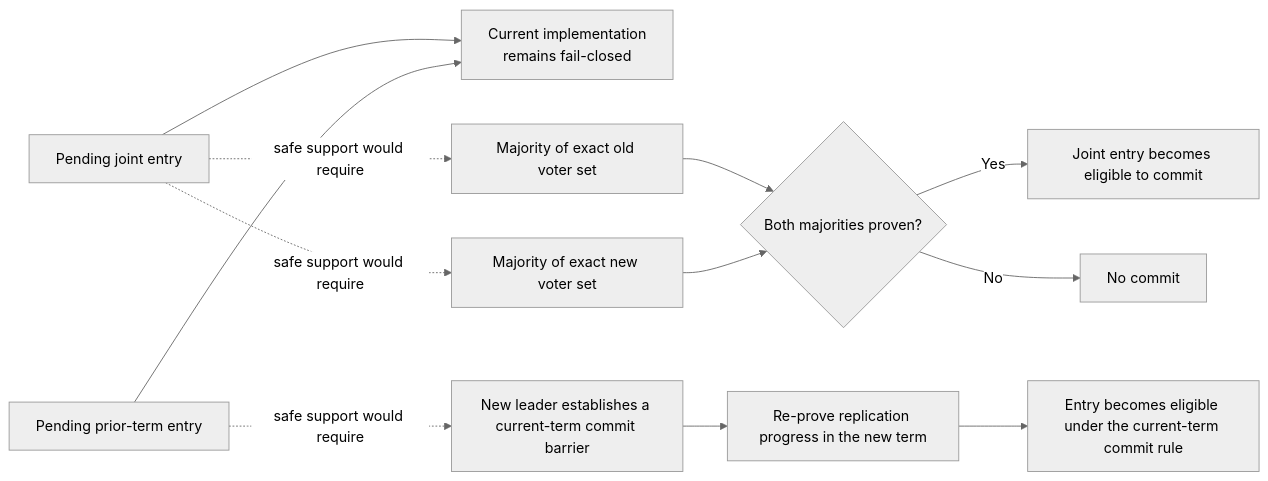
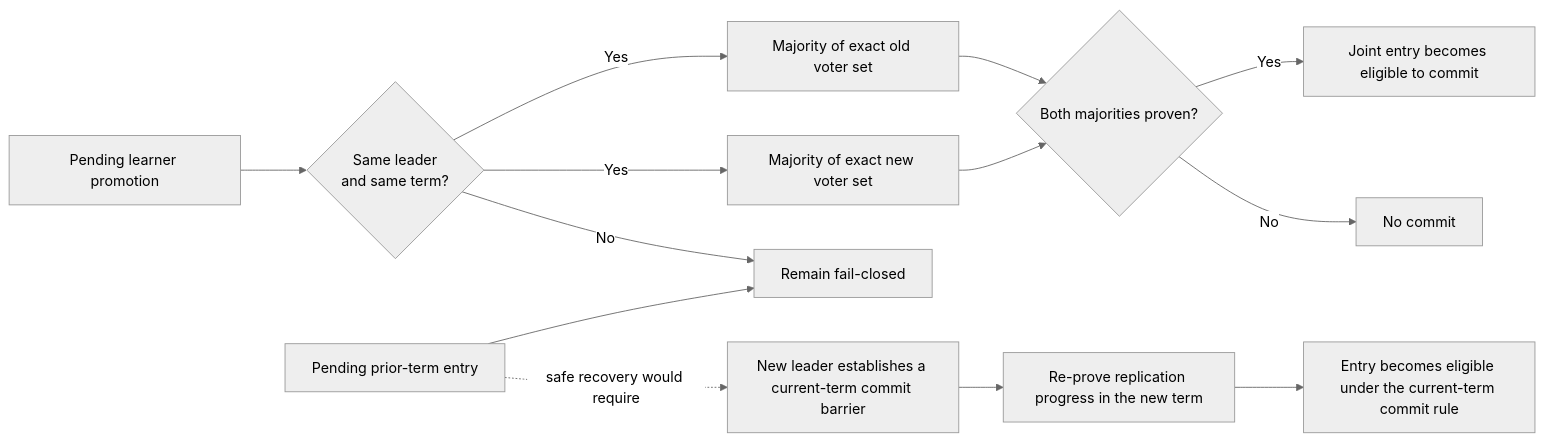
Diagram 14 of 15 in docs/cluster.md (bruce48x/Lakona), drawn with Mermaid (neutral theme) before and after one commit. The commit also changed other lines of this file and 6 other files, not shown here.

Commit message:
Fix term-safe learner promotion retries

````diff
--- a/docs/cluster.md
+++ b/docs/cluster.md
@@ -911,16 +926,16 @@
 ```mermaid
 flowchart LR
-    J["Pending joint entry"] --> F["Current implementation<br/>remains fail-closed"]
-    T["Pending prior-term entry"] --> F
-
-    J -.->|"safe support would require"| O["Majority of exact old voter set"]
-    J -.->|"safe support would require"| N["Majority of exact new voter set"]
+    J["Pending learner promotion"] --> S{"Same leader<br/>and same term?"}
+    S -- "Yes" --> O["Majority of exact old voter set"]
+    S -- "Yes" --> N["Majority of exact new voter set"]
+    S -- "No" --> F["Remain fail-closed"]
     O --> C{"Both majorities proven?"}
     N --> C
     C -- "Yes" --> K["Joint entry becomes eligible to commit"]
     C -- "No" --> X["No commit"]
 
-    T -.->|"safe support would require"| B["New leader establishes a current-term commit barrier"]
+    T["Pending prior-term entry"] --> F
+    T -.->|"safe recovery would require"| B["New leader establishes a current-term commit barrier"]
     B --> P["Re-prove replication progress in the new term"]
     P --> E["Entry becomes eligible under the current-term commit rule"]
 ```
````
